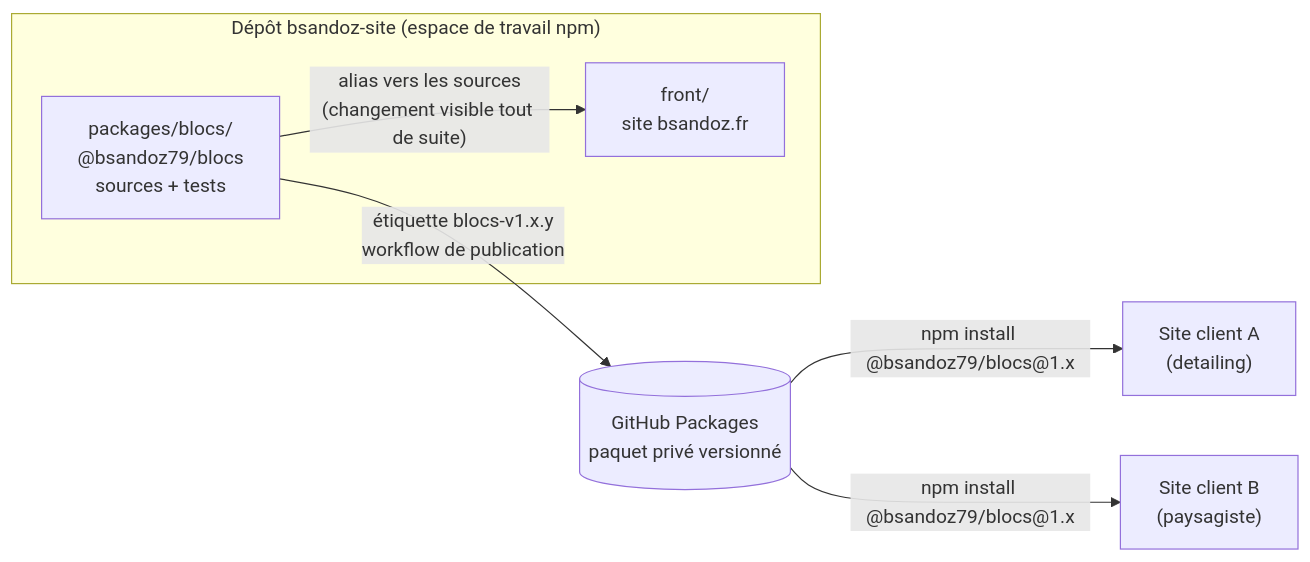
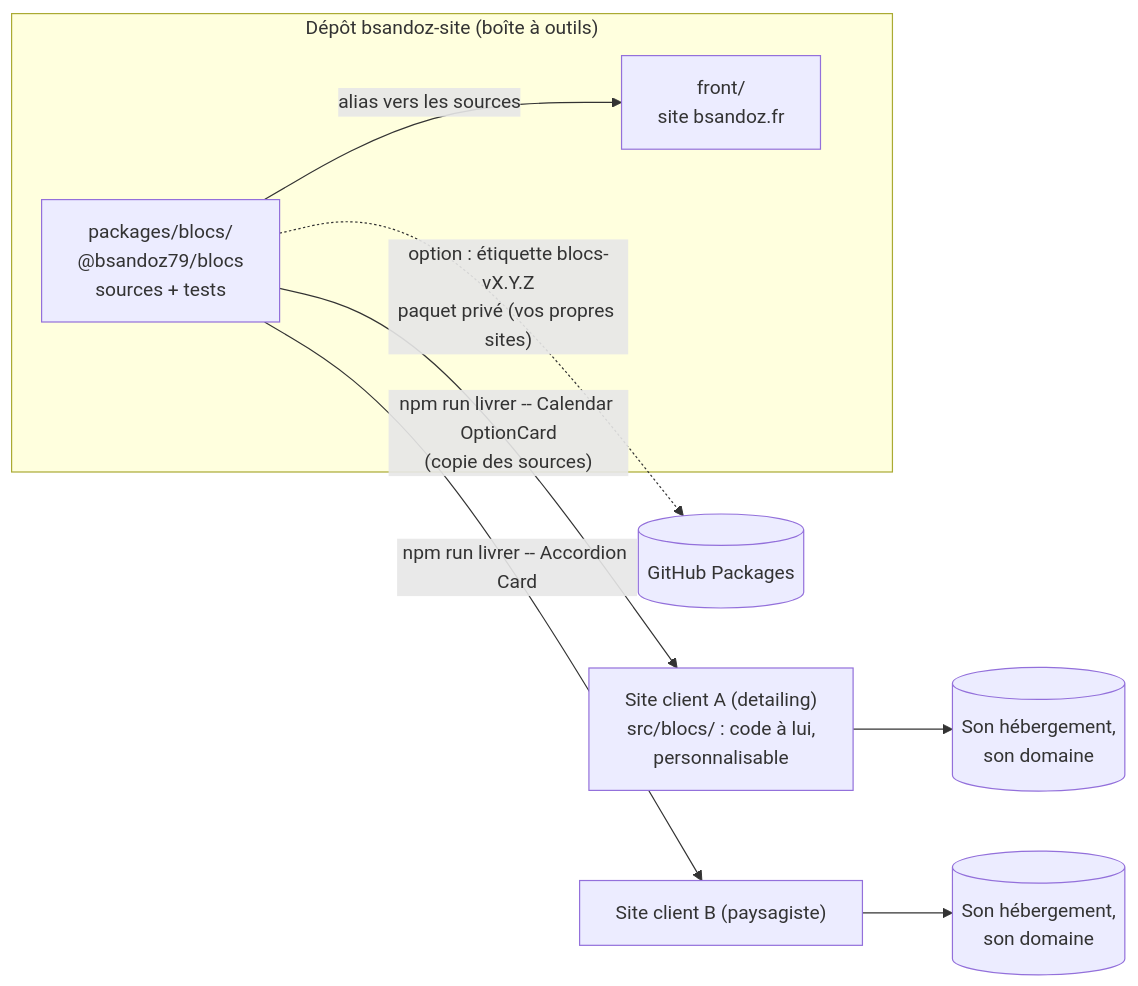
One commit to bsandoz79/bsandoz-site changed the first of 2 diagrams in docs/fonctionnalites/blocs.md. Above: the diagram before and after it, drawn with Mermaid. The commit also changed other lines of this file and 9 other files, not shown here.

Commit message:
feat: livraison de blocs par copie dans le projet d'un client

````diff
--- a/docs/fonctionnalites/blocs.md
+++ b/docs/fonctionnalites/blocs.md
@@ -7,11 +7,13 @@
 ```mermaid
 flowchart LR
-  subgraph Depot["Dépôt bsandoz-site (espace de travail npm)"]
+  subgraph Depot["Dépôt bsandoz-site (boîte à outils)"]
     blocs["packages/blocs/<br/>@bsandoz79/blocs<br/>sources + tests"]
     front["front/<br/>site bsandoz.fr"]
-    blocs -- "alias vers les sources<br/>(changement visible tout de suite)" --> front
+    blocs -- "alias vers les sources" --> front
   end
-  blocs -- "étiquette blocs-v1.x.y<br/>workflow de publication" --> registre[("GitHub Packages<br/>paquet privé versionné")]
-  registre -- "npm install @bsandoz79/blocs@1.x" --> c1["Site client A<br/>(detailing)"]
-  registre -- "npm install @bsandoz79/blocs@1.x" --> c2["Site client B<br/>(paysagiste)"]
+  blocs -- "npm run livrer -- Calendar OptionCard<br/>(copie des sources)" --> c1["Site client A (detailing)<br/>src/blocs/ : code à lui,<br/>personnalisable"]
+  blocs -- "npm run livrer -- Accordion Card" --> c2["Site client B (paysagiste)"]
+  c1 --> h1[("Son hébergement,<br/>son domaine")]
+  c2 --> h2[("Son hébergement,<br/>son domaine")]
+  blocs -. "option : étiquette blocs-vX.Y.Z<br/>paquet privé (vos propres sites)" .-> registre[("GitHub Packages")]
 ```
````
